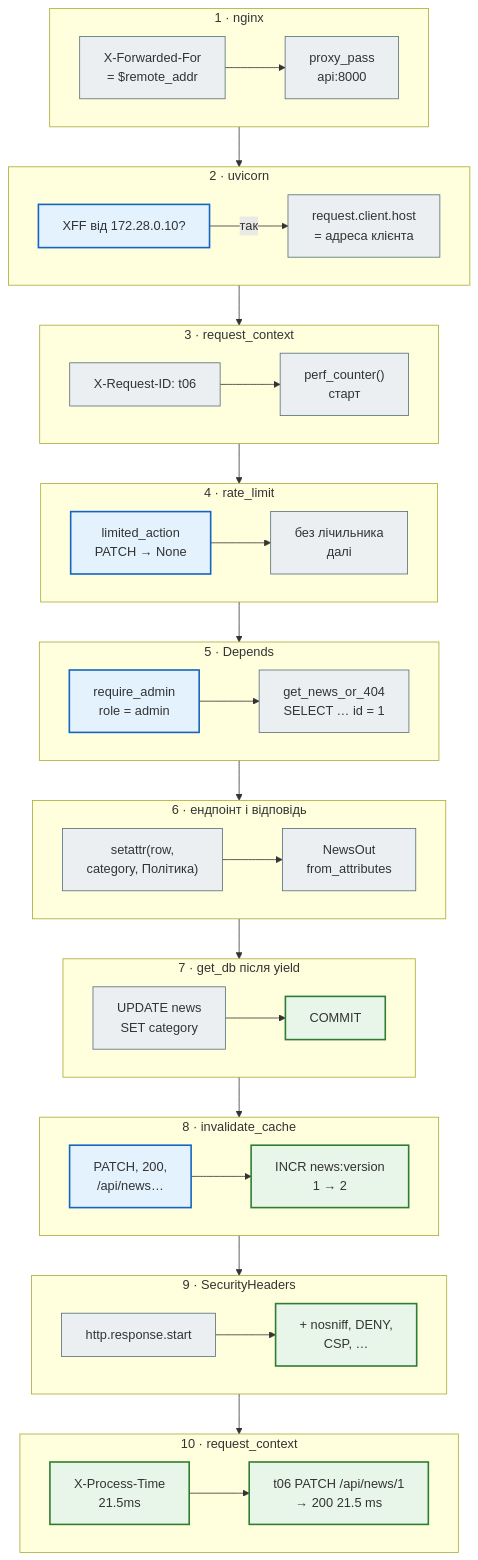
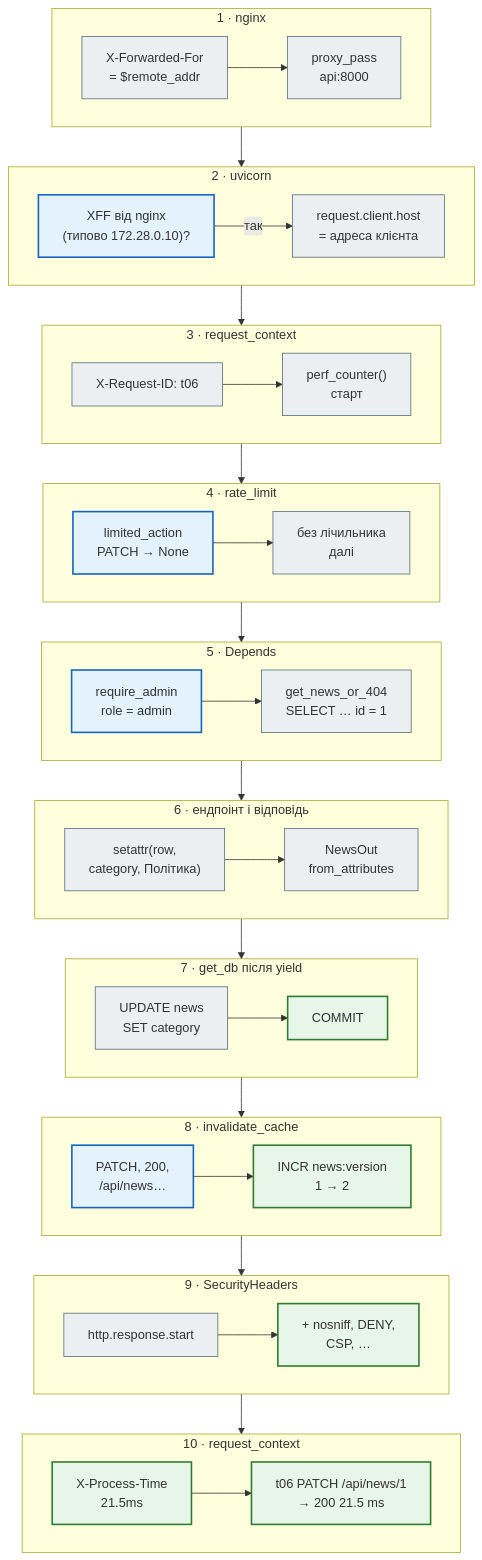
The second of 7 diagrams in docs/deep_dive/request_lifecycle.md (NikoriakViktor/news_hub), drawn with Mermaid before and after one commit. The commit also changed other lines of this file and 27 other files, not shown here.

````diff
--- a/docs/deep_dive/request_lifecycle.md
+++ b/docs/deep_dive/request_lifecycle.md
@@ -87,54 +87,54 @@
 ```mermaid
 flowchart TD
     classDef step     fill:#eceff1,stroke:#546e7a,stroke-width:1px;
     classDef decision fill:#e3f2fd,stroke:#1565c0,stroke-width:2px;
     classDef success  fill:#e8f5e9,stroke:#2e7d32,stroke-width:2px;
     classDef error    fill:#ffebee,stroke:#c62828,stroke-width:3px;
     classDef warning  fill:#fff8e1,stroke:#e65100,stroke-width:2px;
 
     subgraph S1["1 · nginx"]
         direction LR
         A1["X-Forwarded-For<br>= $remote_addr"] --> A2["proxy_pass<br>api:8000"]
     end
     subgraph S2["2 · uvicorn"]
         direction LR
-        B1["XFF від 172.28.0.10?"] -->|"так"| B2["request.client.host<br>= адреса клієнта"]
+        B1["XFF від nginx<br>(типово 172.28.0.10)?"] -->|"так"| B2["request.client.host<br>= адреса клієнта"]
     end
     subgraph S3["3 · request_context"]
         direction LR
         C1["X-Request-ID: t06"] --> C2["perf_counter()<br>старт"]
     end
     subgraph S4["4 · rate_limit"]
         direction LR
         D1["limited_action<br>PATCH → None"] --> D2["без лічильника<br>далі"]
     end
     subgraph S5["5 · Depends"]
         direction LR
         E1["require_admin<br>role = admin"] --> E2["get_news_or_404<br>SELECT … id = 1"]
     end
     subgraph S6["6 · ендпоінт і відповідь"]
         direction LR
         F1["setattr(row,<br>category, Політика)"] --> F2["NewsOut<br>from_attributes"]
     end
     subgraph S7["7 · get_db після yield"]
         direction LR
         G1["UPDATE news<br>SET category"] --> G2["COMMIT"]
     end
     subgraph S8["8 · invalidate_cache"]
         direction LR
         H1["PATCH, 200,<br>/api/news…"] --> H2["INCR news:version<br>1 → 2"]
     end
     subgraph S9["9 · SecurityHeaders"]
         direction LR
         J1["http.response.start"] --> J2["+ nosniff, DENY,<br>CSP, …"]
     end
     subgraph S10["10 · request_context"]
         direction LR
         I1["X-Process-Time<br>21.5ms"] --> I2["t06 PATCH /api/news/1<br>→ 200 21.5 ms"]
     end
     S1 --> S2 --> S3 --> S4 --> S5 --> S6 --> S7 --> S8 --> S9 --> S10
 
     class A1,A2,B2,C1,C2,D2,E2,F1,F2,G1,J1 step
     class B1,D1,E1,H1 decision
     class G2,H2,J2,I1,I2 success
 ```
````
